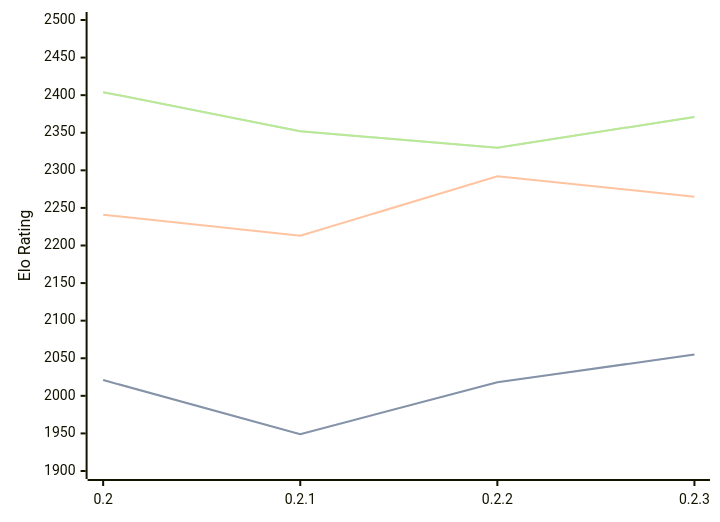
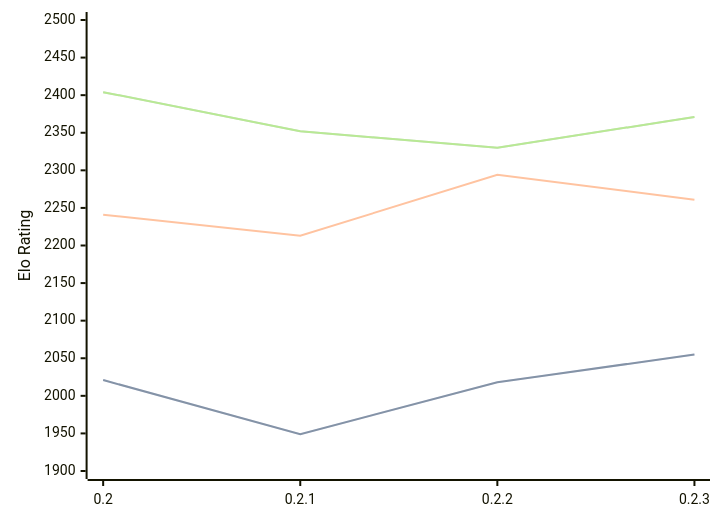
Before and after one commit to computer-chess-index/cci: the diagram in engines/Lolbot.md, drawn with Mermaid. The commit also changed other lines of this file, not shown here.

````diff
--- a/engines/Lolbot.md
+++ b/engines/Lolbot.md
@@ -35,11 +35,11 @@
 ```mermaid
 %%{init: {"theme":"base","themeVariables":{"seriesColors:['#a3a3a3','#222221','#faa371']}}}%%
 xychart-beta
   x-axis ["0.2", "0.2.1", "0.2.2", "0.2.3"]
   y-axis "Elo Rating" 1900 --> 2500
   line "STC (8.0+0.08s)" [2021, 1949, 2018, 2055]
   line "STC (8.0+0.08s)" [2021, 1949, 2018, 2055]
-  line "LTC (60.0+0.60s)" [2241, 2213, 2292, 2265]
+  line "LTC (60.0+0.60s)" [2241, 2213, 2294, 2261]
   line "VLTC (2m24s+1.12s)" [2404, 2352, 2330, 2371]
   line "VLTC (2m24s+1.12s)" [2404, 2352, 2330, 2371]
 ```
````
